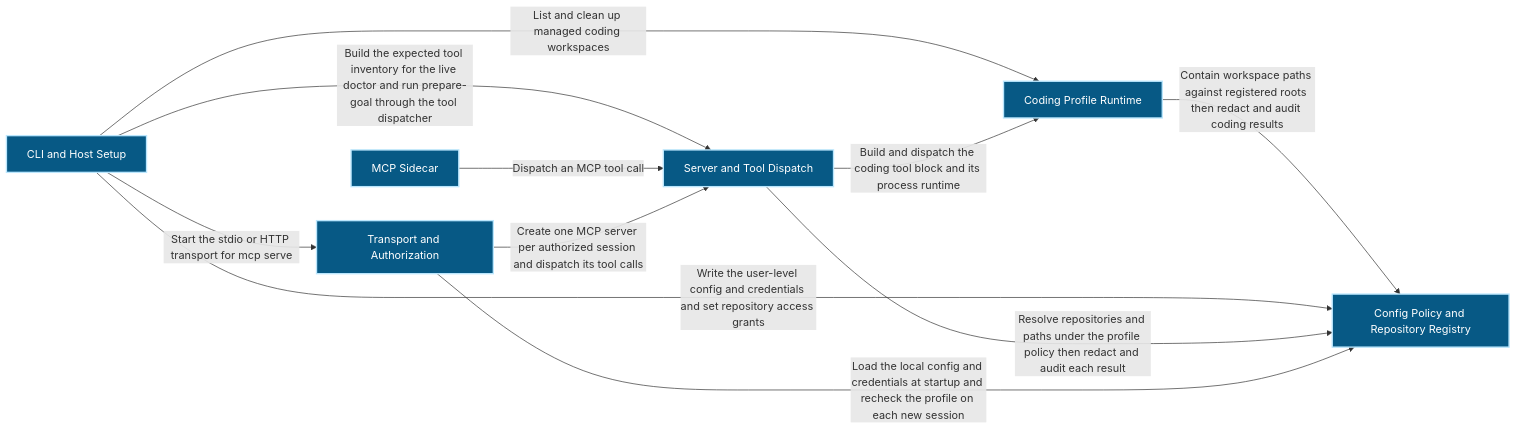
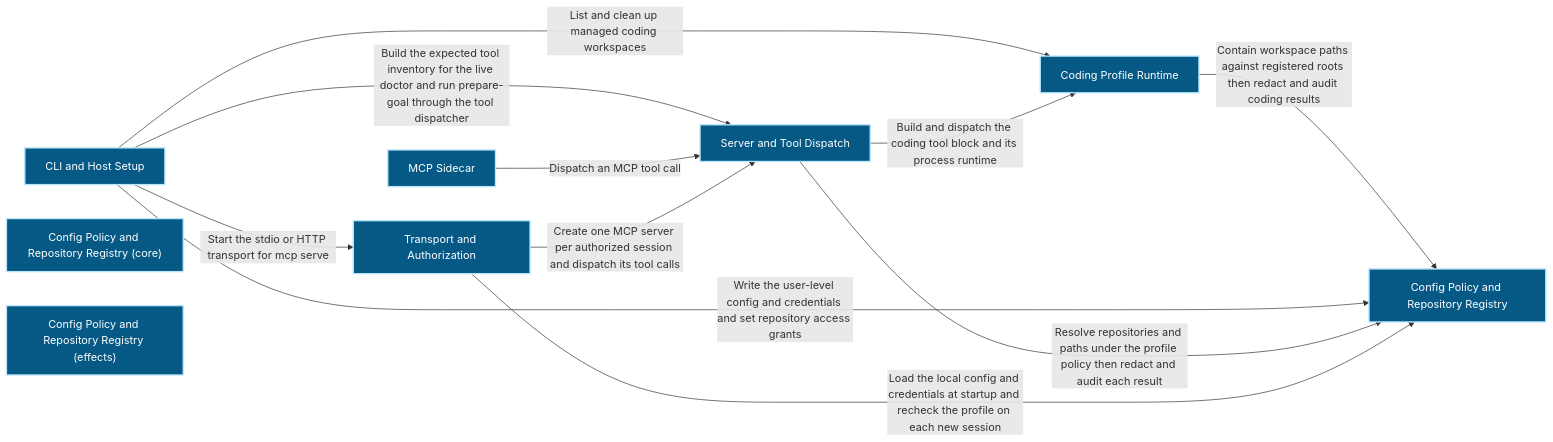
The first of 3 diagrams in docs/architecture/modules/runtime-harness/mcp-sidecar.md (Ancienttwo/repo-harness), drawn with Mermaid before and after one commit. The commit also changed other lines of this file and 32 other files, not shown here.

First line of the commit message:
chore(projection): refresh generated architecture outputs for main@4c37d26d25c7

````diff
--- a/docs/architecture/modules/runtime-harness/mcp-sidecar.md
+++ b/docs/architecture/modules/runtime-harness/mcp-sidecar.md
@@ -15,23 +15,25 @@
 ```mermaid
 flowchart LR
   p1_capability_runtime_harness_mcp_sidecar_4e12aaf3["MCP Sidecar"]:::component
   p1_component_mcp_sidecar_coding_profile_c04b21a1["Coding Profile Runtime"]:::component
   p1_component_mcp_sidecar_host_setup_a05a1958["CLI and Host Setup"]:::component
   p1_component_mcp_sidecar_primary_8f9b418c["Server and Tool Dispatch"]:::component
   p1_component_mcp_sidecar_repo_policy_registry_40f1ea26["Config Policy and Repository Registry"]:::component
+  p1_component_mcp_sidecar_repo_policy_registry_core_7c0f35d6["Config Policy and Repository Registry (core)"]:::component
+  p1_component_mcp_sidecar_repo_policy_registry_effects_6c93657b["Config Policy and Repository Registry (effects)"]:::component
   p1_component_mcp_sidecar_transport_auth_2511e63e["Transport and Authorization"]:::component
   p1_component_mcp_sidecar_coding_profile_c04b21a1 -->|"Contain workspace paths against registered roots then redact and audit coding results"| p1_component_mcp_sidecar_repo_policy_registry_40f1ea26
   p1_component_mcp_sidecar_host_setup_a05a1958 -->|"List and clean up managed coding workspaces"| p1_component_mcp_sidecar_coding_profile_c04b21a1
   p1_component_mcp_sidecar_host_setup_a05a1958 -->|"Build the expected tool inventory for the live doctor and run prepare-goal through the tool dispatcher"| p1_component_mcp_sidecar_primary_8f9b418c
   p1_component_mcp_sidecar_host_setup_a05a1958 -->|"Write the user-level config and credentials and set repository access grants"| p1_component_mcp_sidecar_repo_policy_registry_40f1ea26
   p1_component_mcp_sidecar_host_setup_a05a1958 -->|"Start the stdio or HTTP transport for mcp serve"| p1_component_mcp_sidecar_transport_auth_2511e63e
   p1_capability_runtime_harness_mcp_sidecar_4e12aaf3 -->|"Dispatch an MCP tool call"| p1_component_mcp_sidecar_primary_8f9b418c
   p1_component_mcp_sidecar_primary_8f9b418c -->|"Build and dispatch the coding tool block and its process runtime"| p1_component_mcp_sidecar_coding_profile_c04b21a1
   p1_component_mcp_sidecar_primary_8f9b418c -->|"Resolve repositories and paths under the profile policy then redact and audit each result"| p1_component_mcp_sidecar_repo_policy_registry_40f1ea26
   p1_component_mcp_sidecar_transport_auth_2511e63e -->|"Create one MCP server per authorized session and dispatch its tool calls"| p1_component_mcp_sidecar_primary_8f9b418c
   p1_component_mcp_sidecar_transport_auth_2511e63e -->|"Load the local config and credentials at startup and recheck the profile on each new session"| p1_component_mcp_sidecar_repo_policy_registry_40f1ea26
   classDef actor fill:#111827,color:#ffffff,stroke:#f9fafb,stroke-width:2px
   classDef component fill:#075985,color:#ffffff,stroke:#bae6fd,stroke-width:2px
   classDef datastore fill:#3f6212,color:#ffffff,stroke:#d9f99d,stroke-width:2px
   classDef external fill:#7c2d12,color:#ffffff,stroke:#fed7aa,stroke-width:2px
 ```
````
